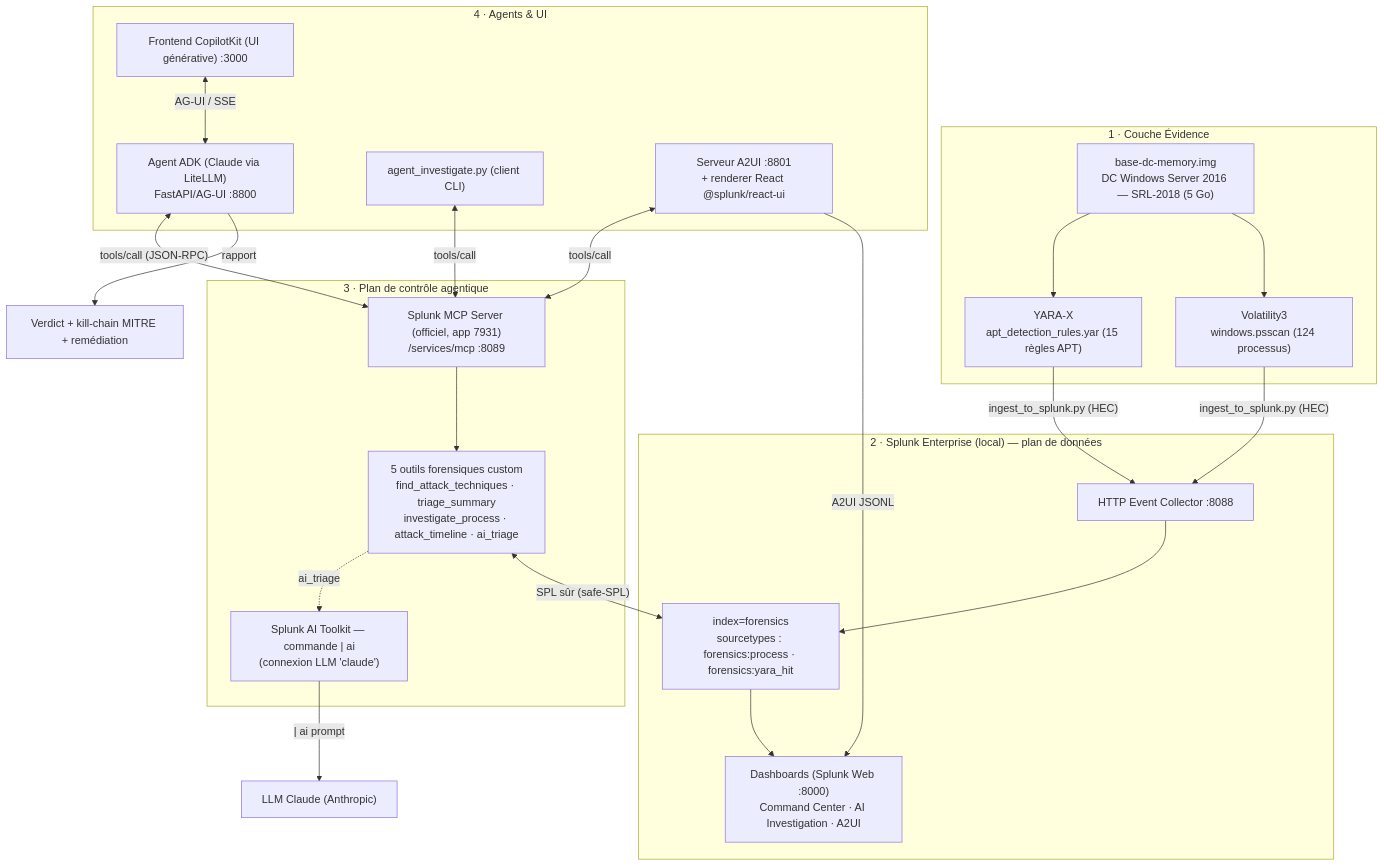
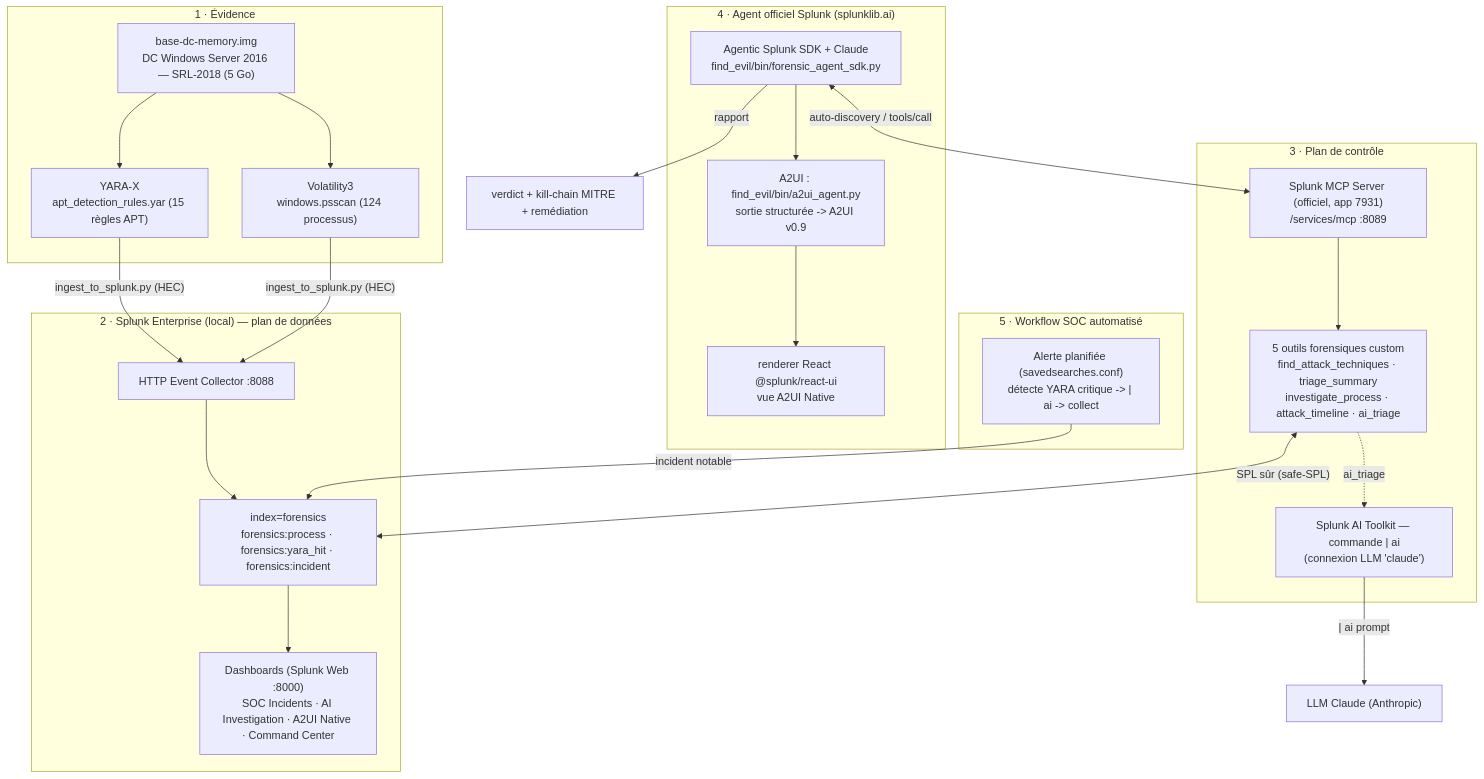
Before and after one commit to julien2613/find-evil-splunk: the diagram in ARCHITECTURE.md, drawn with Mermaid. The commit also changed other lines of this file and 26 other files, not shown here.

First line of the commit message:
Recentrage sur l'agent officiel Splunk (splunklib.ai) — suppression des surfaces alternatives

````diff
--- a/ARCHITECTURE.md
+++ b/ARCHITECTURE.md
@@ -8,41 +9,42 @@
 ```mermaid
 flowchart TB
-    subgraph EV["1 · Couche Évidence"]
+    subgraph EV["1 · Évidence"]
         IMG["base-dc-memory.img<br/>DC Windows Server 2016 — SRL-2018 (5 Go)"]
         YARA["YARA-X<br/>apt_detection_rules.yar (15 règles APT)"]
         VOL["Volatility3<br/>windows.psscan (124 processus)"]
         IMG --> YARA & VOL
     end
 
     subgraph SPL["2 · Splunk Enterprise (local) — plan de données"]
         HEC["HTTP Event Collector :8088"]
-        IDX["index=forensics<br/>sourcetypes : forensics:process · forensics:yara_hit"]
-        DASH["Dashboards (Splunk Web :8000)<br/>Command Center · AI Investigation · A2UI"]
+        IDX["index=forensics<br/>forensics:process · forensics:yara_hit · forensics:incident"]
+        DASH["Dashboards (Splunk Web :8000)<br/>SOC Incidents · AI Investigation · A2UI Native · Command Center"]
         HEC --> IDX --> DASH
     end
 
-    subgraph MCP["3 · Plan de contrôle agentique"]
+    subgraph MCP["3 · Plan de contrôle"]
         SRV["Splunk MCP Server (officiel, app 7931)<br/>/services/mcp :8089"]
         TOOLS["5 outils forensiques custom<br/>find_attack_techniques · triage_summary<br/>investigate_process · attack_timeline · ai_triage"]
         AITK["Splunk AI Toolkit — commande | ai<br/>(connexion LLM 'claude')"]
         SRV --> TOOLS
         TOOLS -. "ai_triage" .-> AITK
     end
 
-    subgraph AI["4 · Agents & UI"]
-        ADK["Agent ADK (Claude via LiteLLM)<br/>FastAPI/AG-UI :8800"]
-        FE["Frontend CopilotKit (UI générative) :3000"]
-        CLI["agent_investigate.py (client CLI)"]
-        A2["Serveur A2UI :8801<br/>+ renderer React @splunk/react-ui"]
+    subgraph AGENT["4 · Agent officiel Splunk (splunklib.ai)"]
+        SDK["Agentic Splunk SDK + Claude<br/>find_evil/bin/forensic_agent_sdk.py"]
+        A2AGENT["A2UI : find_evil/bin/a2ui_agent.py<br/>sortie structurée -> A2UI v0.9"]
+        REACT["renderer React @splunk/react-ui<br/>vue A2UI Native"]
+        SDK --> A2AGENT --> REACT
+    end
+
+    subgraph WF["5 · Workflow SOC automatisé"]
+        ALERT["Alerte planifiée (savedsearches.conf)<br/>détecte YARA critique -> | ai -> collect"]
     end
 
     YARA & VOL -->|"ingest_to_splunk.py (HEC)"| HEC
     TOOLS <-->|"SPL sûr (safe-SPL)"| IDX
     AITK -->|"| ai prompt"| LLM["LLM Claude (Anthropic)"]
-    ADK <-->|"tools/call (JSON-RPC)"| SRV
-    CLI <-->|"tools/call"| SRV
-    A2 <-->|"tools/call"| SRV
-    FE <-->|"AG-UI / SSE"| ADK
-    ADK -->|"rapport"| OUT["Verdict + kill-chain MITRE + remédiation"]
-    A2 -->|"A2UI JSONL"| DASH
+    SDK <-->|"auto-discovery / tools/call"| SRV
+    ALERT -->|"incident notable"| IDX
+    SDK -->|rapport| OUT["verdict + kill-chain MITRE + remédiation"]
 ```
````
